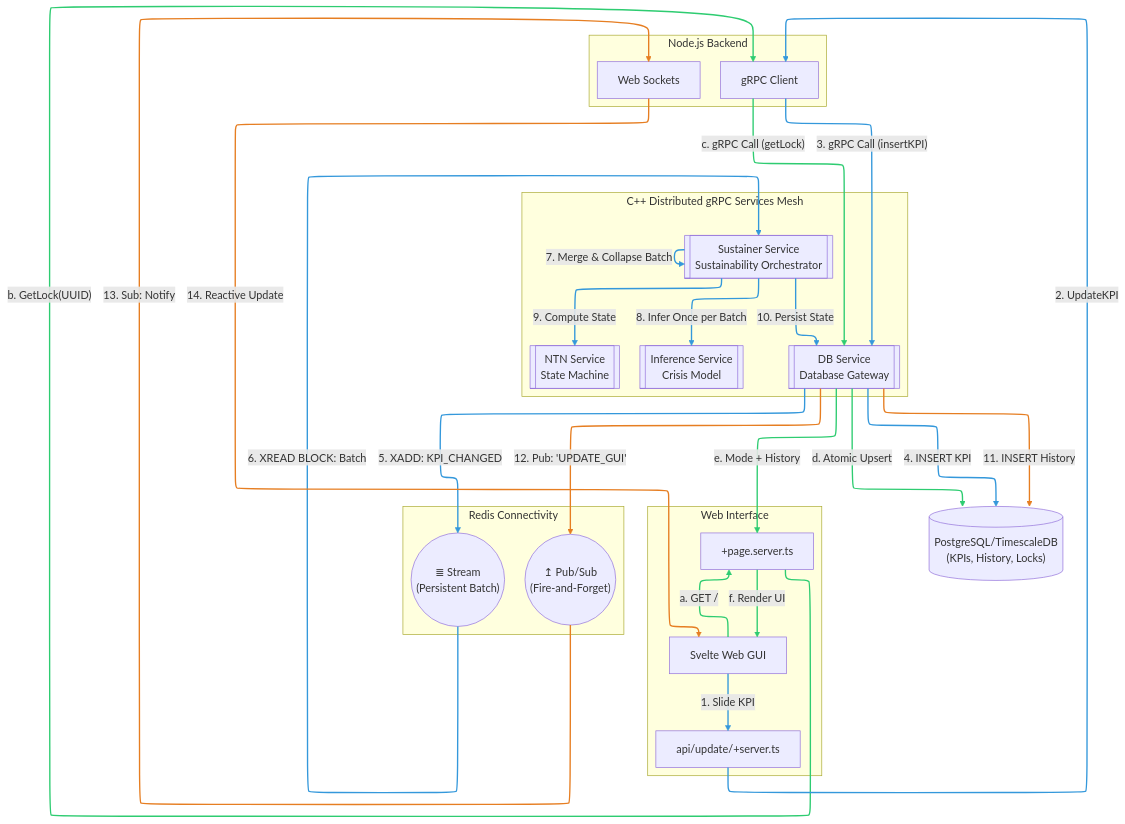
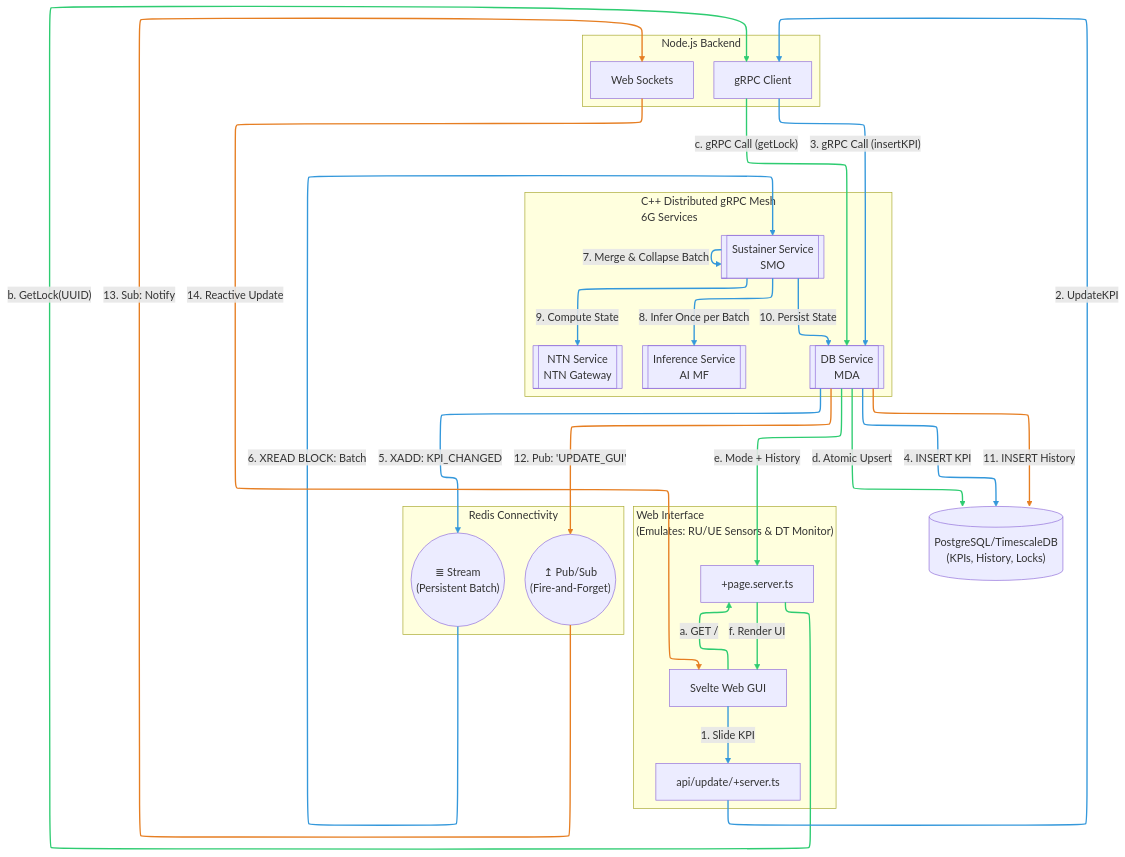
The diagram in docs/distributed-ntn-sustainability-control-framework.mmd (sonuthesonkar/ntn-sustainability-control), drawn with Mermaid before and after one commit. The commit also changed 2 other files, not shown here.

Commit message:
Updating readme only, so [skip ci]. Aligning the Distributed Control Framework section, with the earlier proposed architecture block.

```diff
--- a/docs/distributed-ntn-sustainability-control-framework.mmd
+++ b/docs/distributed-ntn-sustainability-control-framework.mmd
@@ -1,55 +1,55 @@
 ---
 config:
   layout: elk
 ---
 graph TD
-    subgraph Client_Layer [Web Interface]
+    subgraph Client_Layer ["Web Interface <br/> (Emulates: RU/UE Sensors & DT Monitor)"]
         Svelte_UI[Svelte Web GUI]
         Server_Load[+page.server.ts]
         Update_Endpoint[api/update/+server.ts]
     end
     subgraph Gateway [Node.js Backend]
         GRPC_Client[gRPC Client]
         Web_Socket[Web Sockets]
     end
 
     subgraph Redis_Infrastructure [Redis Connectivity]
         Redis_Stream(("#8803; Stream <br/> (Persistent Batch)"))
         Redis_Bus(("#8613; Pub/Sub <br/> (Fire-and-Forget)"))
     end
 
-    subgraph CPP_Mesh [C++ Distributed gRPC Services Mesh]
-        DB_Svc[[DB Service <br/> Database Gateway]]
-        Sustainer_Svc[[Sustainer Service <br/> Sustainability Orchestrator]]
-        NTN_Svc[[NTN Service <br/> State Machine]]
-        Inference_Svc[[Inference Service <br/> Crisis Model]]
+    subgraph CPP_Mesh [C++ Distributed gRPC Mesh <br/> 6G Services]
+        DB_Svc[[DB Service <br/> MDA]]
+        Sustainer_Svc[[Sustainer Service <br/> SMO]]
+        NTN_Svc[[NTN Service <br/> NTN Gateway]]
+        Inference_Svc[[Inference Service <br/> AI MF]]
     end
 
     DB[("PostgreSQL/TimescaleDB <br/> (KPIs, History, Locks)")]
 
     Svelte_UI -- "a. GET /" --> Server_Load
     Server_Load -- "b. GetLock(UUID)" --> GRPC_Client
     GRPC_Client -- "c. gRPC Call (getLock)" --> DB_Svc
     DB_Svc -- "d. Atomic Upsert" --> DB
     DB_Svc -- "e. Mode + History" --> Server_Load
     Server_Load -- "f. Render UI" --> Svelte_UI
 
     Svelte_UI -- "1. Slide KPI" --> Update_Endpoint
     Update_Endpoint -- "2. UpdateKPI" --> GRPC_Client
     GRPC_Client -- "3. gRPC Call (insertKPI)" --> DB_Svc
     DB_Svc -- "4. INSERT KPI" --> DB
     DB_Svc -- "5. XADD: KPI_CHANGED" --> Redis_Stream
     Redis_Stream -- "6. XREAD BLOCK: Batch" --> Sustainer_Svc
     Sustainer_Svc -- "7. Merge & Collapse Batch" --> Sustainer_Svc
     Sustainer_Svc -- "8. Infer Once per Batch" --> Inference_Svc
     Sustainer_Svc -- "9. Compute State" --> NTN_Svc
     Sustainer_Svc -- "10. Persist State" --> DB_Svc
     
     DB_Svc -- "11. INSERT History" --> DB
     DB_Svc -- "12. Pub: 'UPDATE_GUI'" --> Redis_Bus
     Redis_Bus -- "13. Sub: Notify" --> Web_Socket
     Web_Socket -- "14. Reactive Update" --> Svelte_UI
 
     linkStyle 0,1,2,3,4,5 stroke:#2ecc71,stroke-width:2px
     linkStyle 6,7,8,9,10,11,12,13,14,15 stroke:#3498db,stroke-width:2px
     linkStyle 16,17,18,19 stroke:#e67e22,stroke-width:2px
```
